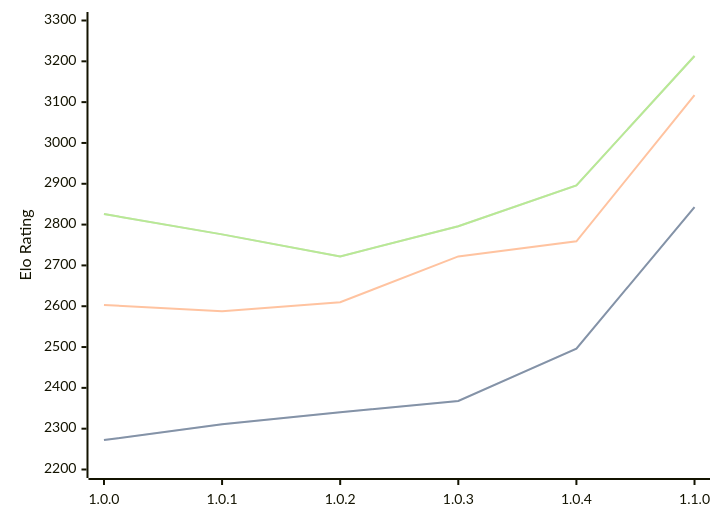
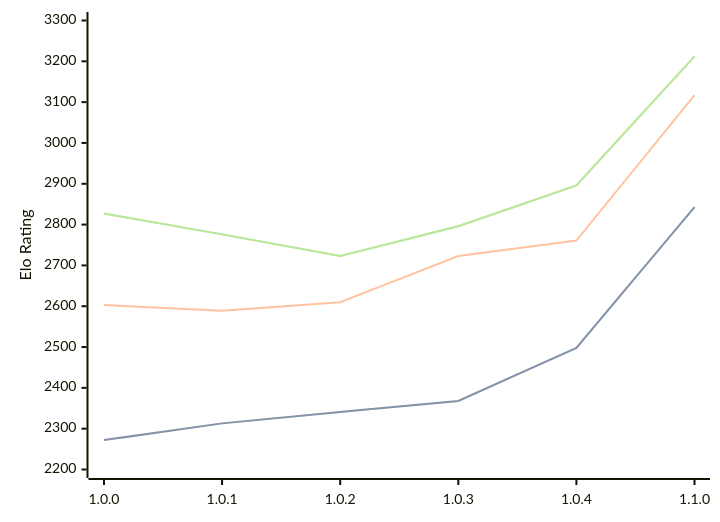
Before and after one commit to computer-chess-index/cci: the diagram in engines/Grail.md, drawn with Mermaid. The commit also changed other lines of this file, not shown here.

Commit message:
Update CCI Ratings (ELO VLTC) - 2026-04-22

````diff
--- a/engines/Grail.md
+++ b/engines/Grail.md
@@ -36,11 +36,11 @@
 ```mermaid
 %%{init: {"theme":"base","themeVariables":{"seriesColors:['#a3a3a3','#222221','#faa371']}}}%%
 xychart-beta
   x-axis ["1.0.0", "1.0.1", "1.0.2", "1.0.3", "1.0.4", "1.1.0"]
   y-axis "Elo Rating" 2200 --> 3300
-  line "STC (8.0+0.08s)" [2272, 2311, 2340, 2368, 2496, 2843]
-  line "STC (8.0+0.08s)" [2272, 2311, 2340, 2368, 2496, 2843]
-  line "LTC (60.0+0.60s)" [2603, 2588, 2610, 2722, 2759, 3117]
-  line "VLTC (2m24s+1.12s)" [2826, 2776, 2722, 2796, 2896, 3213]
-  line "VLTC (2m24s+1.12s)" [2826, 2776, 2722, 2796, 2896, 3213]
+  line "STC (8.0+0.08s)" [2272, 2313, 2341, 2368, 2498, 2843]
+  line "STC (8.0+0.08s)" [2272, 2313, 2341, 2368, 2498, 2843]
+  line "LTC (60.0+0.60s)" [2603, 2589, 2610, 2723, 2761, 3117]
+  line "VLTC (2m24s+1.12s)" [2827, 2776, 2723, 2796, 2896, 3212]
+  line "VLTC (2m24s+1.12s)" [2827, 2776, 2723, 2796, 2896, 3212]
 ```
````
